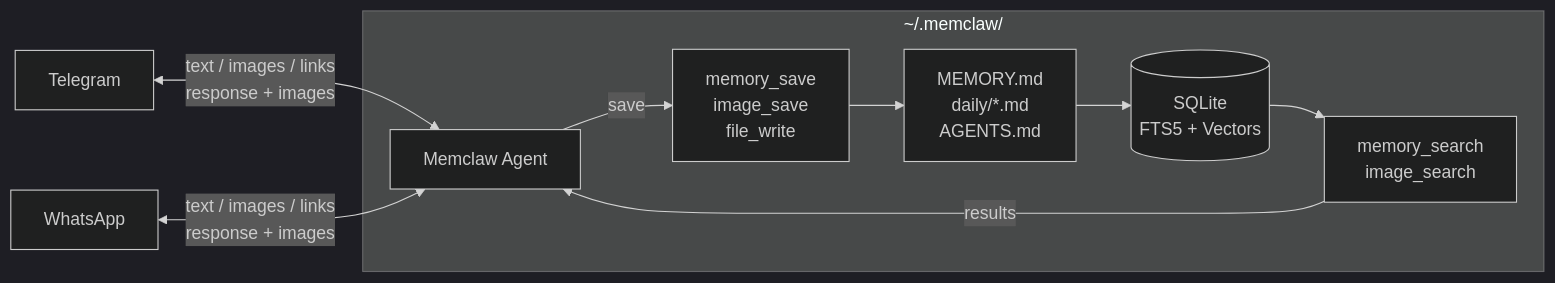
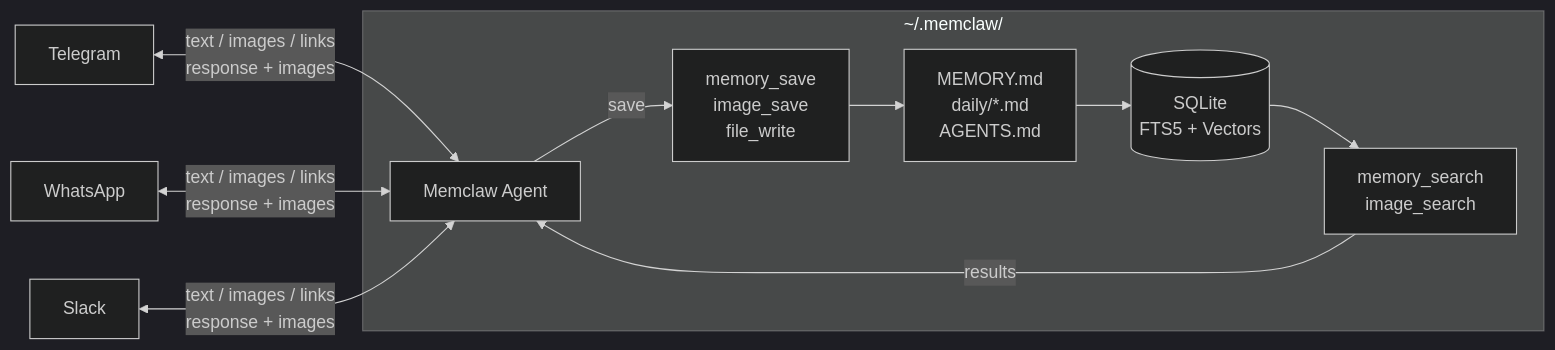
One commit to emanuilo/memclaw changed the diagram in README.md. Above: the diagram before and after it, drawn with Mermaid (dark theme). The commit also changed other lines of this file and 11 other files, not shown here.

````diff
--- a/README.md
+++ b/README.md
@@ -116,13 +187,14 @@
 ```mermaid
 flowchart LR
     TG[Telegram] <-->|text / images / links<br>response + images| Agent[Memclaw Agent]
     WA[WhatsApp] <-->|text / images / links<br>response + images| Agent
+    SL[Slack] <-->|text / images / links<br>response + images| Agent
 
     subgraph sandbox ["~/.memclaw/"]
         Agent -->|save| Tools1["memory_save<br>image_save<br>file_write"]
         Tools1 --> Files["MEMORY.md<br>daily/*.md<br>AGENTS.md"]
         Files --> DB[("SQLite<br>FTS5 + Vectors")]
         DB --> Tools2["memory_search<br>image_search"]
         Tools2 -->|results| Agent
     end
 ```
````
